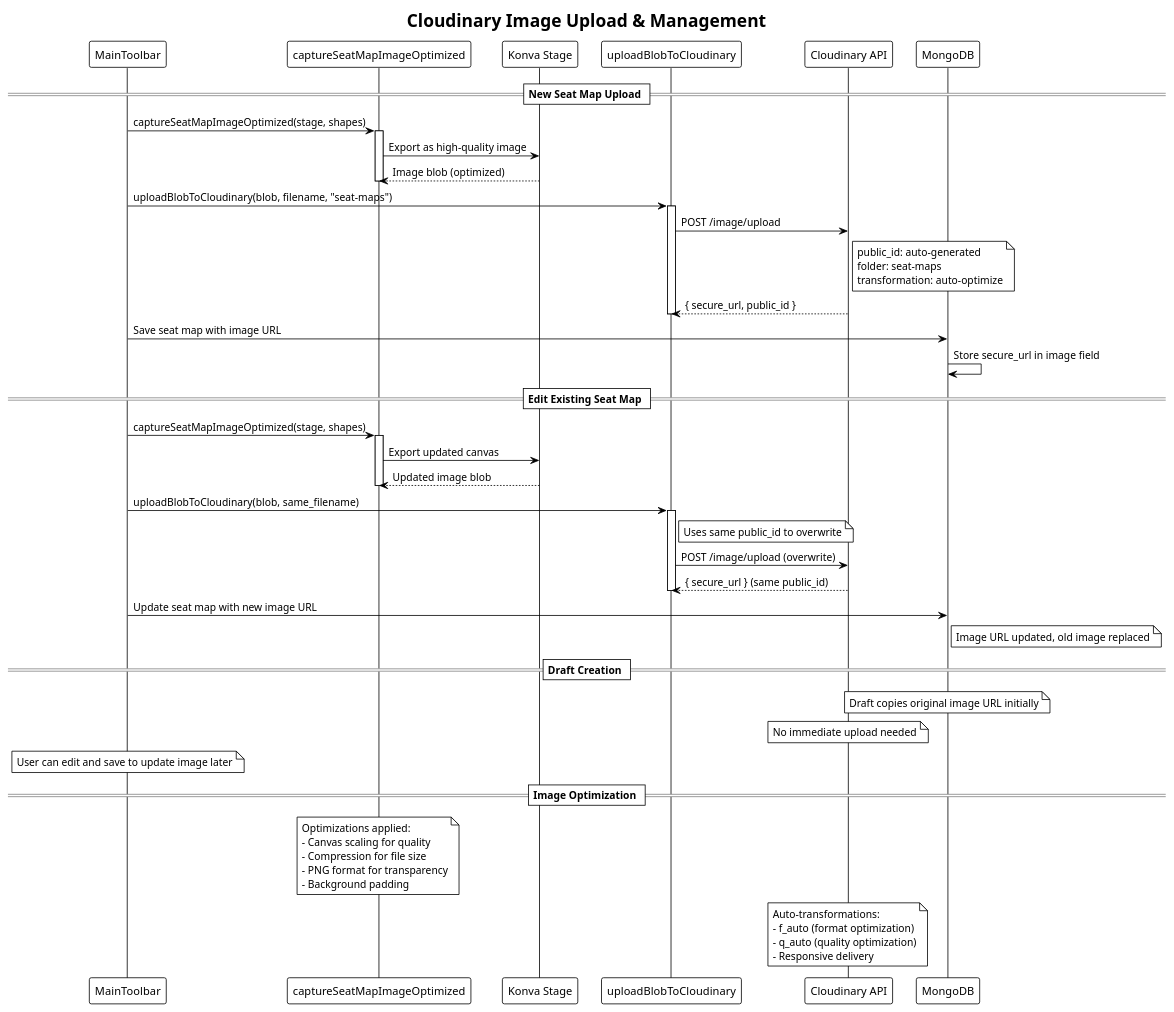
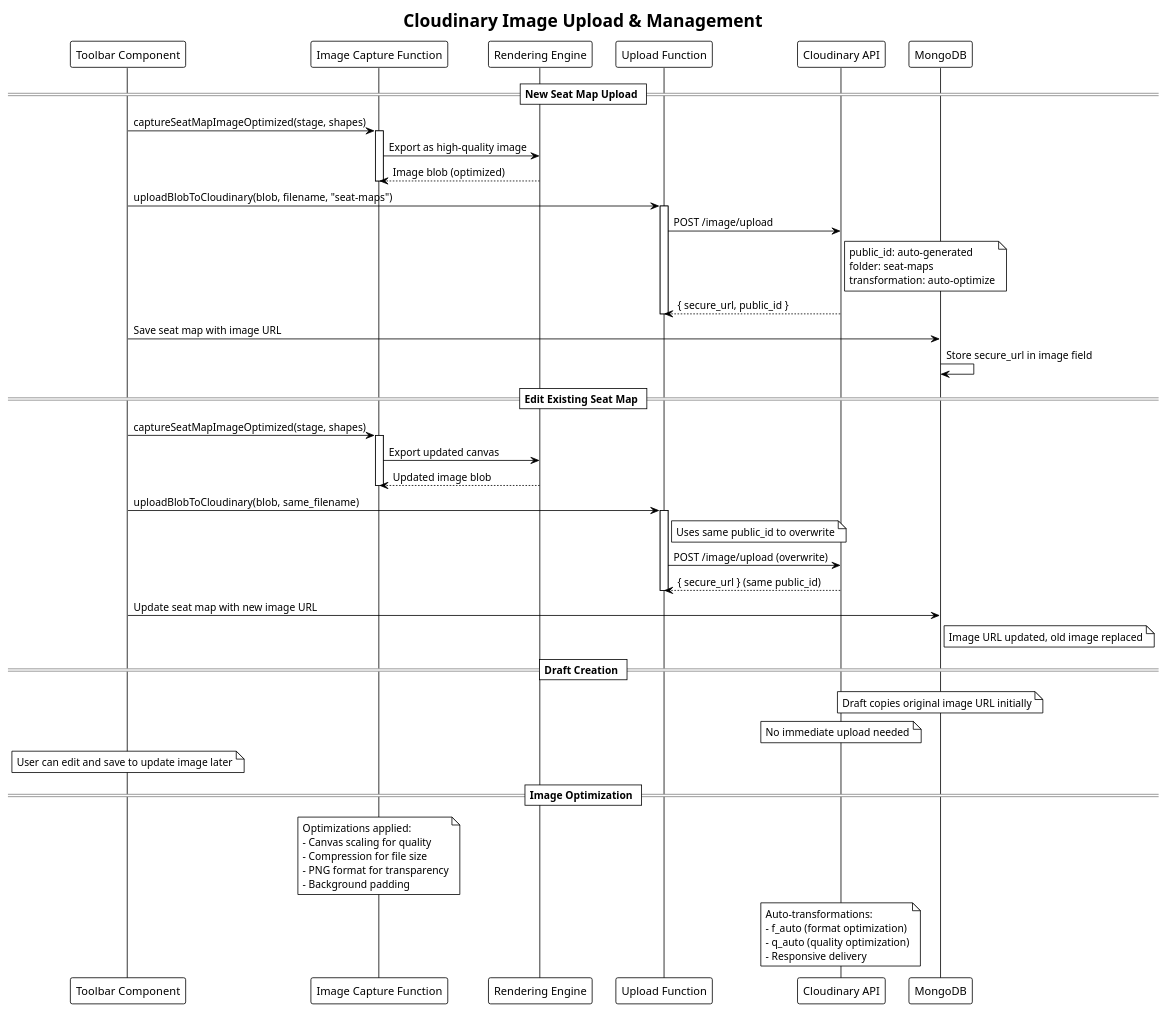
The fifth of 5 diagrams in puml/seat-map.puml (VieTicket/vieticket-monorepo), drawn with PlantUML before and after one commit. The commit also changed other lines of this file and 4 other files, not shown here.

Commit message:
[OPS-28] seq diagram for seatmap

```diff
--- a/puml/seat-map.puml
+++ b/puml/seat-map.puml
@@ -373,71 +286,71 @@
 @startuml cloudinary-image-handling
 !theme plain
 title Cloudinary Image Upload & Management
 
-participant "MainToolbar" as Toolbar
-participant "captureSeatMapImageOptimized" as Capture
-participant "Konva Stage" as Stage
-participant "uploadBlobToCloudinary" as Upload
+participant "Toolbar Component" as Toolbar
+participant "Image Capture Function" as Capture
+participant "Rendering Engine" as Renderer
+participant "Upload Function" as Upload
 participant "Cloudinary API" as Cloudinary
 participant "MongoDB" as MongoDB
 
 == New Seat Map Upload ==
 Toolbar -> Capture: captureSeatMapImageOptimized(stage, shapes)
 activate Capture
-Capture -> Stage: Export as high-quality image
-Stage --> Capture: Image blob (optimized)
+Capture -> Renderer: Export as high-quality image
+Renderer --> Capture: Image blob (optimized)
 deactivate Capture
 
 Toolbar -> Upload: uploadBlobToCloudinary(blob, filename, "seat-maps")
 activate Upload
 Upload -> Cloudinary: POST /image/upload
 Note right of Cloudinary
   public_id: auto-generated
   folder: seat-maps
   transformation: auto-optimize
 end note
 Cloudinary --> Upload: { secure_url, public_id }
 deactivate Upload
 
 Toolbar -> MongoDB: Save seat map with image URL
 MongoDB -> MongoDB: Store secure_url in image field
 
 == Edit Existing Seat Map ==
 Toolbar -> Capture: captureSeatMapImageOptimized(stage, shapes)
 activate Capture
-Capture -> Stage: Export updated canvas
-Stage --> Capture: Updated image blob
+Capture -> Renderer: Export updated canvas
+Renderer --> Capture: Updated image blob
 deactivate Capture
 
 Toolbar -> Upload: uploadBlobToCloudinary(blob, same_filename)
 activate Upload
 Note right of Upload: Uses same public_id to overwrite
 Upload -> Cloudinary: POST /image/upload (overwrite)
 Cloudinary --> Upload: { secure_url } (same public_id)
 deactivate Upload
 
 Toolbar -> MongoDB: Update seat map with new image URL
 Note right of MongoDB: Image URL updated, old image replaced
 
 == Draft Creation ==
 Note over MongoDB: Draft copies original image URL initially
 Note over Cloudinary: No immediate upload needed
 Note over Toolbar: User can edit and save to update image later
 
 == Image Optimization ==
 Note over Capture
   Optimizations applied:
   - Canvas scaling for quality
   - Compression for file size
   - PNG format for transparency
   - Background padding
 end note
 
 Note over Cloudinary
   Auto-transformations:
   - f_auto (format optimization)
   - q_auto (quality optimization)
   - Responsive delivery
 end note
 
 @enduml
```
